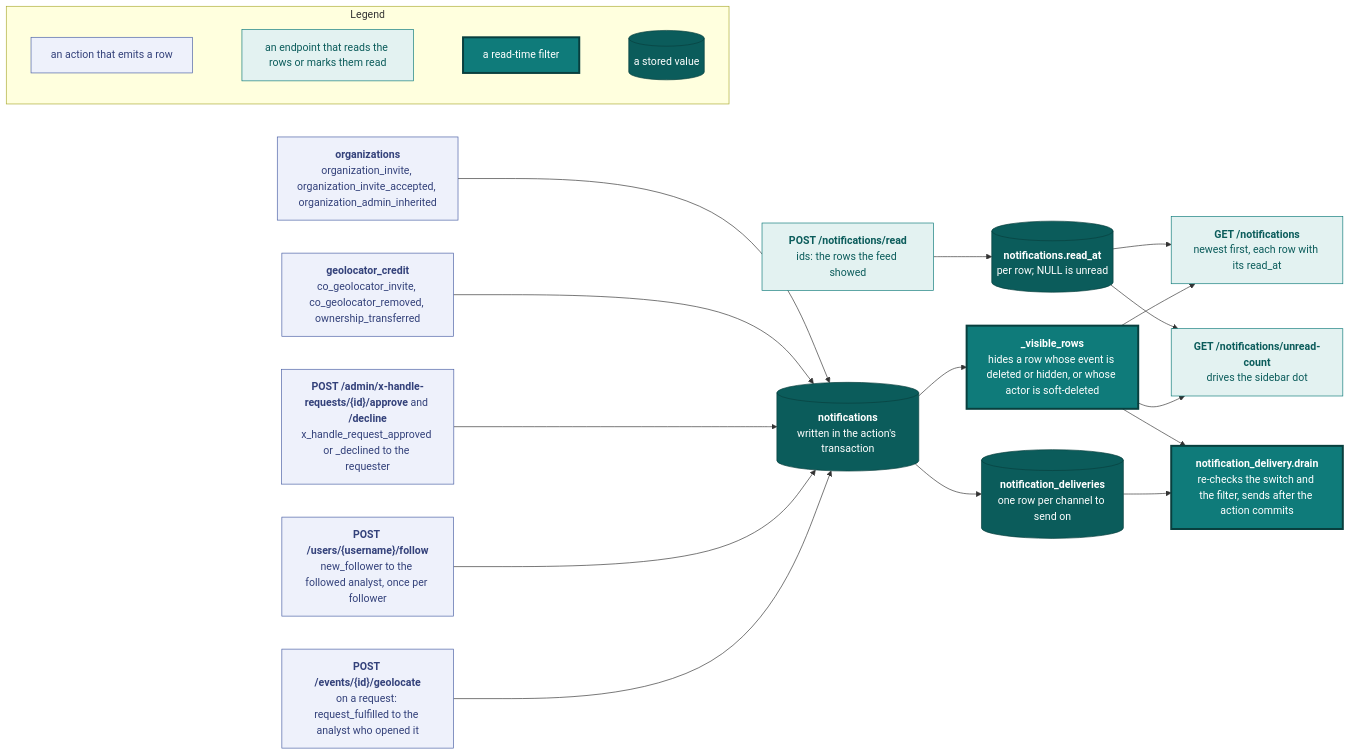
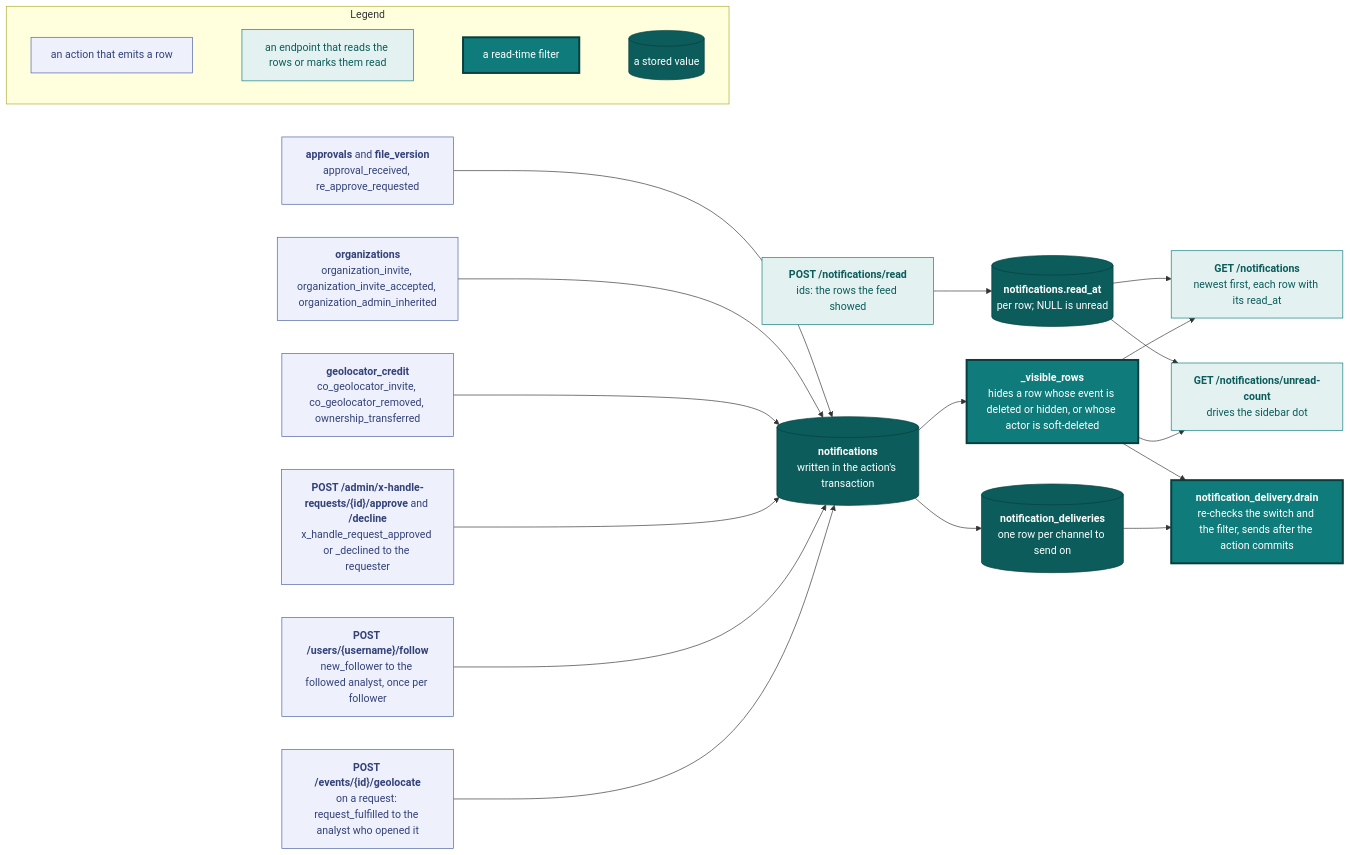
The sixth of 7 diagrams in docs/api.md (vidithq/vidit), drawn with Mermaid before and after one commit. The commit also changed other lines of this file and 41 other files, not shown here.

````diff
--- a/docs/api.md
+++ b/docs/api.md
@@ -2193,57 +2336,60 @@
 ```mermaid
 flowchart LR
   classDef spec fill:#eef1fb,stroke:#4a5fa5,color:#33417a
   classDef shared fill:#e3f2f1,stroke:#0f7b7a,color:#0b5c5b
   classDef core fill:#0f7b7a,stroke:#083f3e,stroke-width:3px,color:#ffffff
   classDef store fill:#0b5c5b,stroke:#083f3e,color:#ffffff
 
   subgraph legend [Legend]
     direction LR
     l1["`an action that emits a row`"]:::spec
     l2["`an endpoint that reads the rows or marks them read`"]:::shared
     l3["`a read-time filter`"]:::core
     l4[("`a stored value`")]:::store
     l1 ~~~ l2 ~~~ l3 ~~~ l4
   end
 
   geolocate["`**POST /events/{id}/geolocate**
   on a request: request_fulfilled to the analyst who opened it`"]:::spec
   follow["`**POST /users/{username}/follow**
   new_follower to the followed analyst, once per follower`"]:::spec
   xhandle["`**POST /admin/x-handle-requests/{id}/approve** and **/decline**
   x_handle_request_approved or _declined to the requester`"]:::spec
   credit["`**geolocator_credit**
   co_geolocator_invite, co_geolocator_removed, ownership_transferred`"]:::spec
   orgs["`**organizations**
   organization_invite, organization_invite_accepted, organization_admin_inherited`"]:::spec
+  approvals["`**approvals** and **file_version**
+  approval_received, re_approve_requested`"]:::spec
   rows[("`**notifications**
   written in the action's transaction`")]:::store
   visible["`**_visible_rows**
   hides a row whose event is deleted or hidden, or whose actor is soft-deleted`"]:::core
   feed["`**GET /notifications**
   newest first, each row with its read_at`"]:::shared
   count["`**GET /notifications/unread-count**
   drives the sidebar dot`"]:::shared
   read["`**POST /notifications/read**
   ids: the rows the feed showed`"]:::shared
   readat[("`**notifications.read_at**
   per row; NULL is unread`")]:::store
   queue[("`**notification_deliveries**
   one row per channel to send on`")]:::store
   worker["`**notification_delivery.drain**
   re-checks the switch and the filter, sends after the action commits`"]:::core
 
   geolocate --> rows
   follow --> rows
   xhandle --> rows
   credit --> rows
   orgs --> rows
+  approvals --> rows
   rows --> visible
   visible --> feed
   visible --> count
   read --> readat
   readat --> count
   readat --> feed
   rows --> queue --> worker
   visible --> worker
 ```
````
